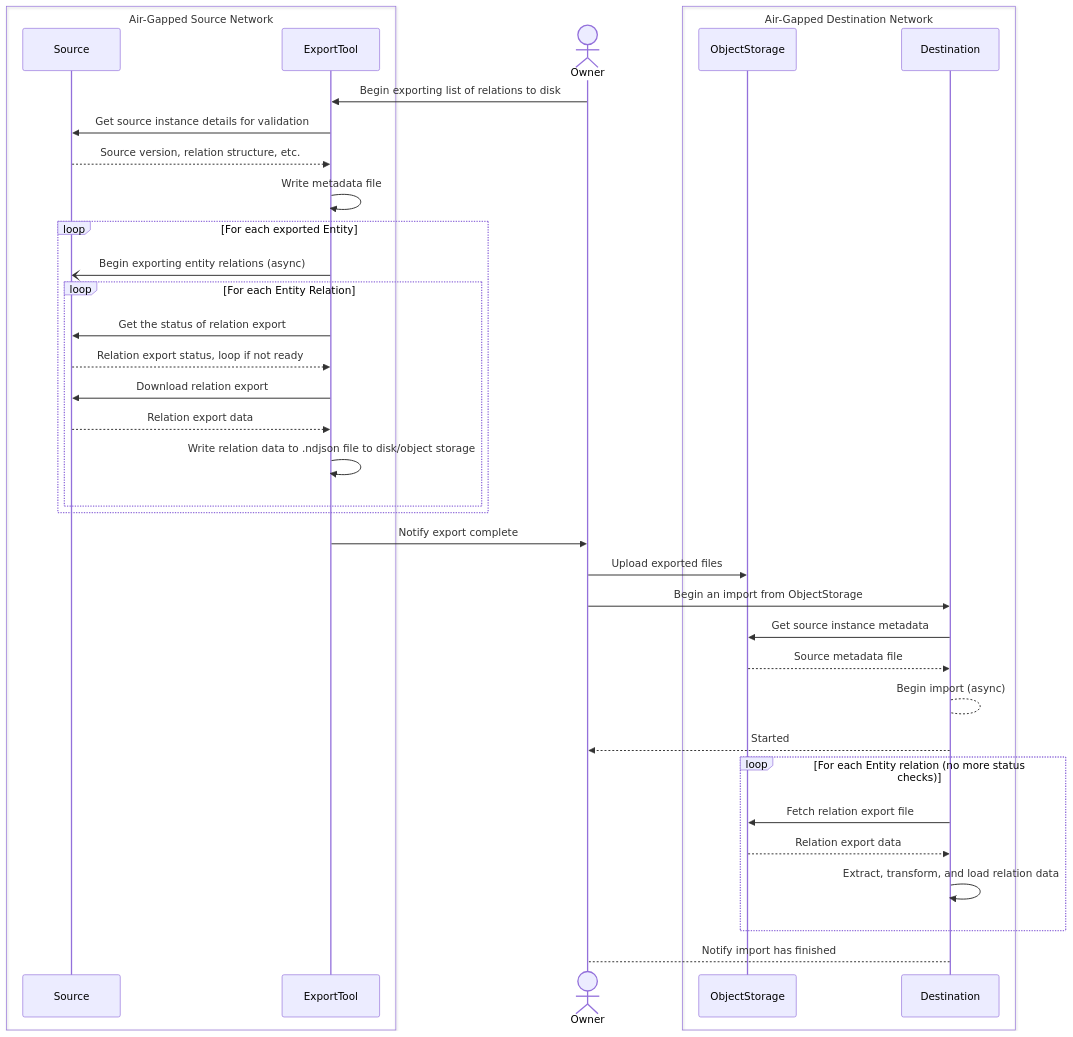
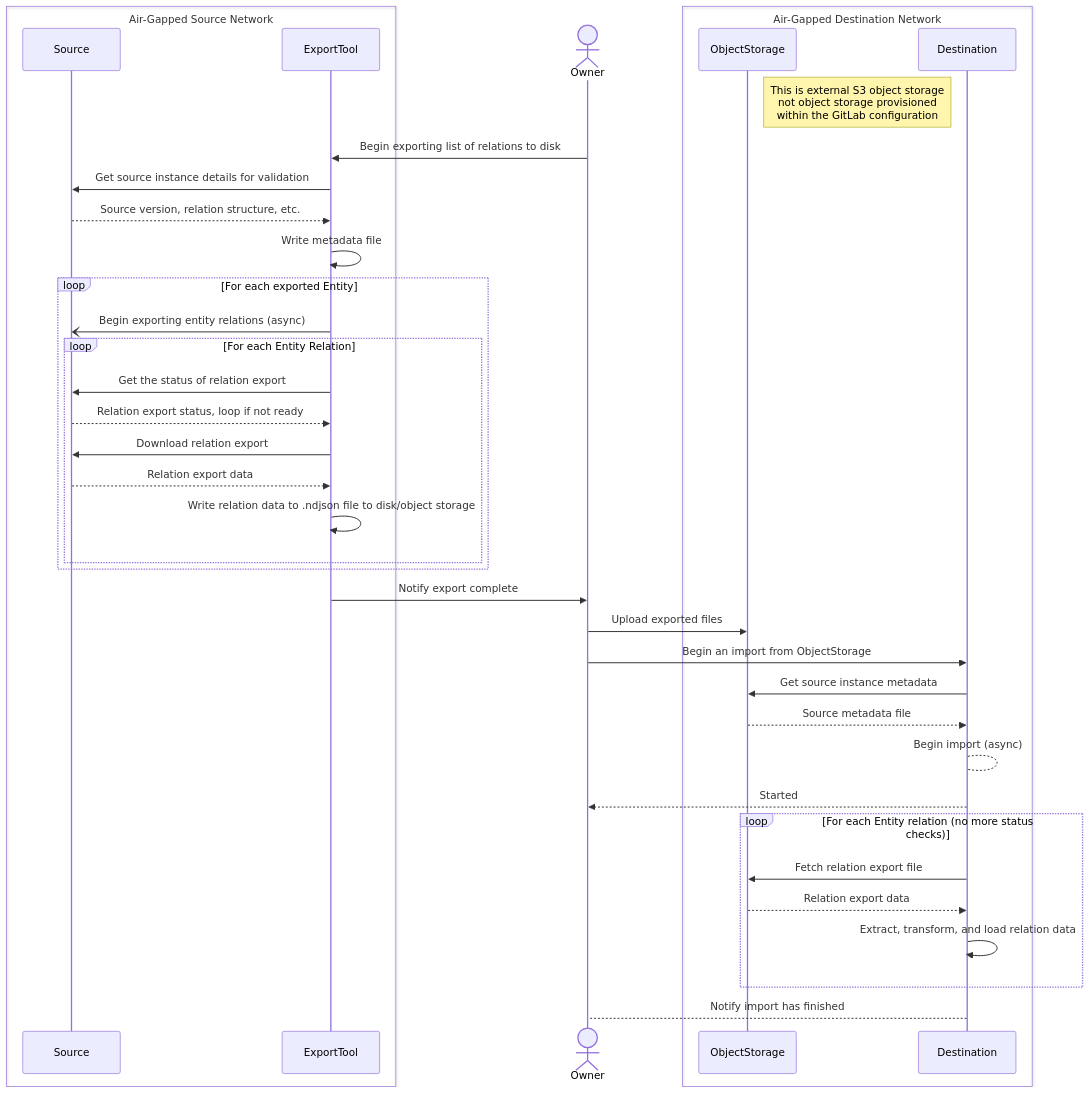
Before and after one commit to zalyoung/gitlab-handbook: the second of 2 diagrams in content/handbook/engineering/architecture/design-documents/offline_direct_transfer_migrations/_index.md, drawn with Mermaid. The commit also changed other lines of this file, not shown here.

````diff
--- a/content/handbook/engineering/architecture/design-documents/offline_direct_transfer_migrations/_index.md
+++ b/content/handbook/engineering/architecture/design-documents/offline_direct_transfer_migrations/_index.md
@@ -140,41 +109,42 @@
 ```mermaid
 sequenceDiagram
     box Air-Gapped Source Network
       participant Source
       participant ExportTool
     end
     actor Owner
     box Air-Gapped Destination Network
       participant ObjectStorage
       participant Destination
     end
+    Note right of ObjectStorage: This is external S3 object storage<br>not object storage provisioned<br>within the GitLab configuration
     Owner->>ExportTool: Begin exporting list of relations to disk
     ExportTool->>Source: Get source instance details for validation
     Source-->>ExportTool: Source version, relation structure, etc.
     ExportTool->>ExportTool: Write metadata file
     loop For each exported Entity
         ExportTool-)Source: Begin exporting entity relations (async)
         loop For each Entity Relation
           ExportTool->>Source: Get the status of relation export
           Source-->>ExportTool: Relation export status, loop if not ready
           ExportTool->>Source: Download relation export
           Source-->>ExportTool: Relation export data
           ExportTool->>ExportTool: Write relation data to .ndjson file to disk/object storage
         end
     end
     ExportTool->>Owner: Notify export complete
 
     Owner->>ObjectStorage: Upload exported files
 
     Owner->>Destination: Begin an import from ObjectStorage
     Destination->>ObjectStorage: Get source instance metadata
     ObjectStorage-->>Destination: Source metadata file
     Destination-->Destination: Begin import (async)
     Destination-->>Owner: Started
     loop For each Entity relation (no more status checks)
         Destination->>ObjectStorage: Fetch relation export file
         ObjectStorage-->>Destination: Relation export data
         Destination->>Destination: Extract, transform, and load relation data
     end
     Destination-->Owner: Notify import has finished
 ```
````
